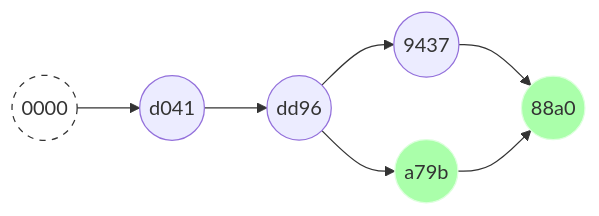
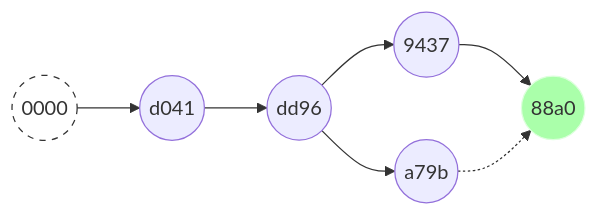
Diagram 11 of 36 in slides.md (sugitlab/git_workshop_slidev), drawn with Mermaid before and after one commit. The commit also changed other lines of this file, not shown here.

````diff
--- a/slides.md
+++ b/slides.md
@@ -1324,16 +1330,15 @@
 ```mermaid
 graph LR
   c01((0000))
   c02((d041))
   c03((dd96))
   c04((9437))
   c05((a79b))
   c06((88a0))
   style c01 fill:#fff,stroke:#333,stroke-width:1px,stroke-dasharray: 5 5
-  style c05 fill:#afa,stroke:#dfd,stroke-width:1px
   style c06 fill:#afa,stroke:#dfd,stroke-width:1px
   c01 --> c02 --> c03 --> c04
   c03 --> c05
   c04 --> c06
-  c05 --> c06
+  c05 -.-> c06
 ```
````
